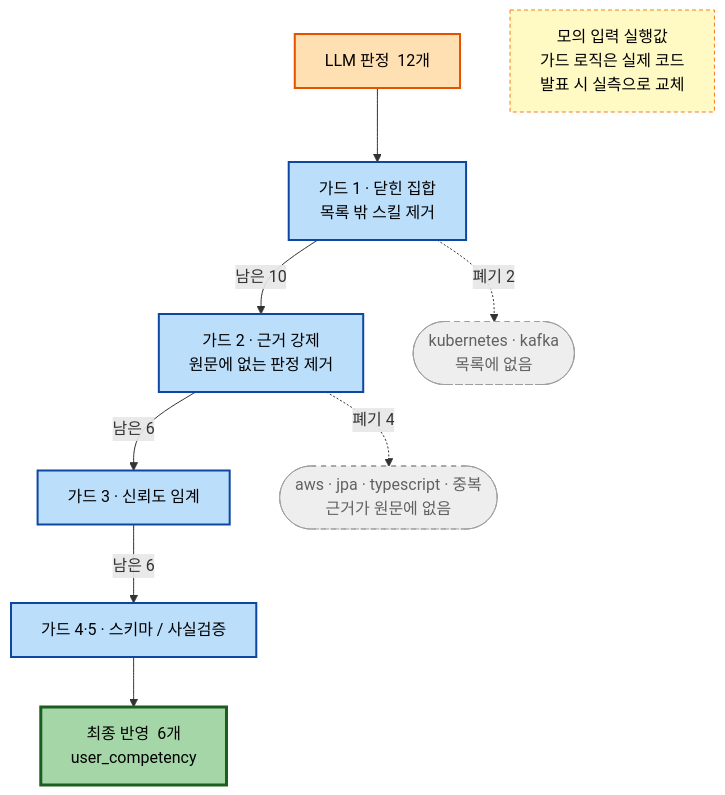
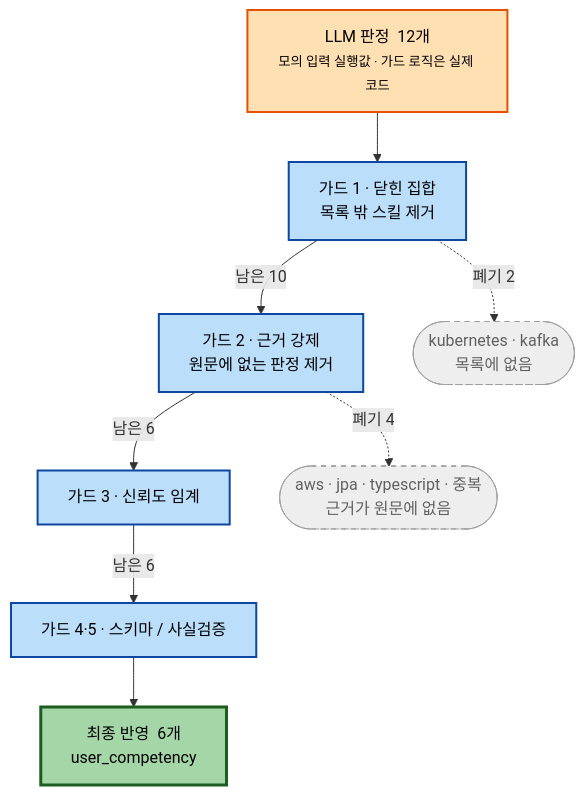
The second of 3 diagrams in docs/ai-pipeline.md (myith-sw/myith-worker), drawn with Mermaid before and after one commit. The commit also changed other lines of this file, not shown here.

Commit message:
docs: 그림2 '모의' 라벨을 고아 노드→첫 노드 내장으로 교체
연결선 없는 NOTE 노드는 렌더러가 임의 배치해 캡처 시 라벨 누락 위험 → 제거하고
숫자가 있는 L 노드(LLM 판정 12개) 안에 <small>로 내장. note classDef도 제거.
캡션의 stale 'NOTE' 참조를 '첫 노드'로 정정. 그림 밖 모의 설명 문장은 유지.

mermaid-cli로 3장 실제 렌더 검증 완료(구문 오류 0). 코드 변경 없음(문서만).

````diff
--- a/docs/ai-pipeline.md
+++ b/docs/ai-pipeline.md
@@ -54,20 +54,17 @@
 ```mermaid
 flowchart TB
-    L["LLM 판정 &nbsp;12개"]:::llm
+    L["LLM 판정 &nbsp;12개<br/><small>모의 입력 실행값 · 가드 로직은 실제 코드</small>"]:::llm
     L --> G1["가드 1 · 닫힌 집합<br/>목록 밖 스킬 제거"]:::det
     G1 -->|"남은 10"| G2["가드 2 · 근거 강제<br/>원문에 없는 판정 제거"]:::det
     G2 -->|"남은 6"| G3["가드 3 · 신뢰도 임계"]:::det
     G3 -->|"남은 6"| G45["가드 4·5 · 스키마 / 사실검증"]:::det
     G45 --> ACC["최종 반영 &nbsp;6개<br/>user_competency"]:::ok
 
     G1 -. "폐기 2" .-> X1(["kubernetes · kafka<br/>목록에 없음"]):::drop
     G2 -. "폐기 4" .-> X2(["aws · jpa · typescript · 중복<br/>근거가 원문에 없음"]):::drop
 
-    NOTE["모의 입력 실행값<br/>가드 로직은 실제 코드<br/>발표 시 실측으로 교체"]:::note
-
     classDef llm fill:#ffe0b2,stroke:#e65100,stroke-width:2px,color:#000
     classDef det fill:#bbdefb,stroke:#0d47a1,stroke-width:2px,color:#000
     classDef drop fill:#eeeeee,stroke:#9e9e9e,stroke-dasharray:5 5,color:#616161
     classDef ok fill:#a5d6a7,stroke:#1b5e20,stroke-width:3px,color:#000
-    classDef note fill:#fff9c4,stroke:#f57f17,stroke-dasharray:4 3,color:#000
 ```
````
